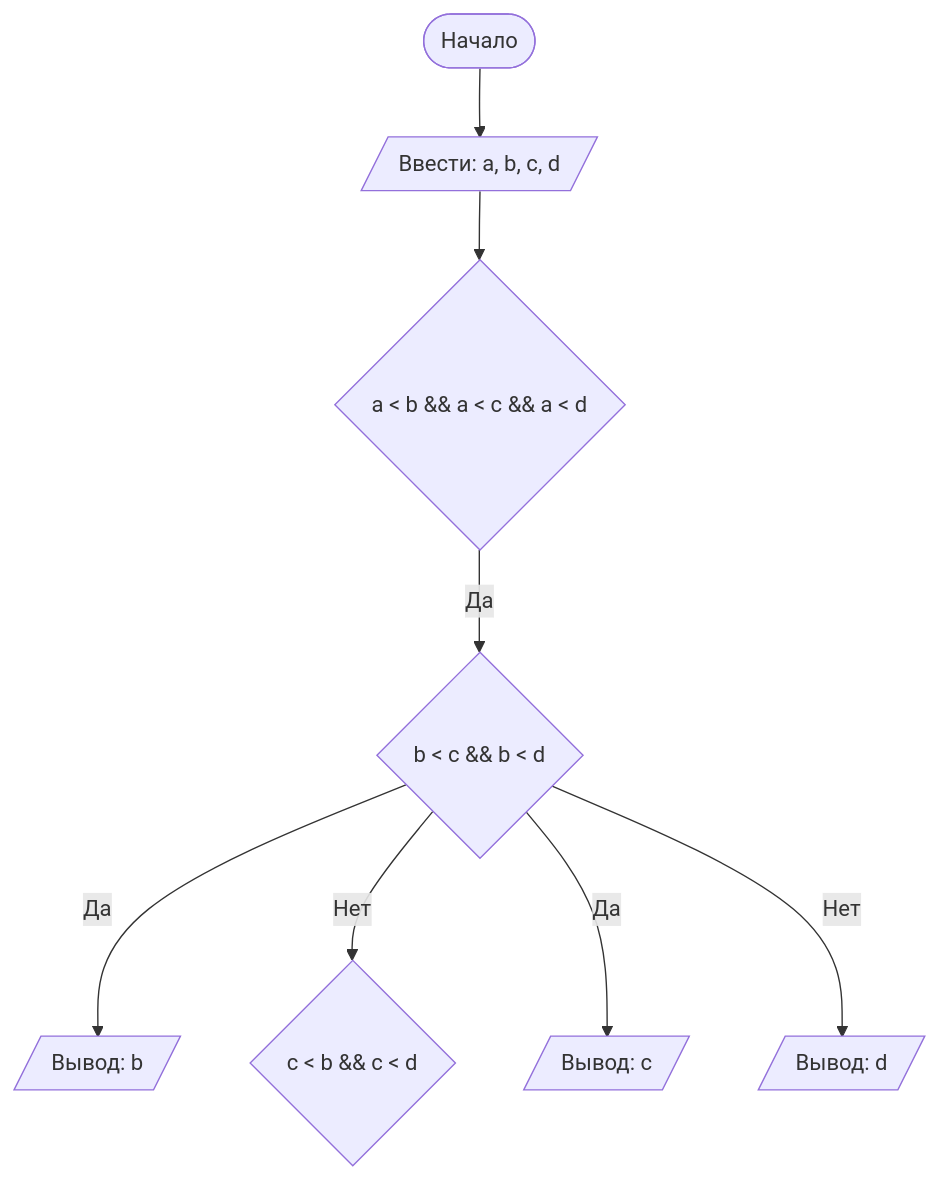
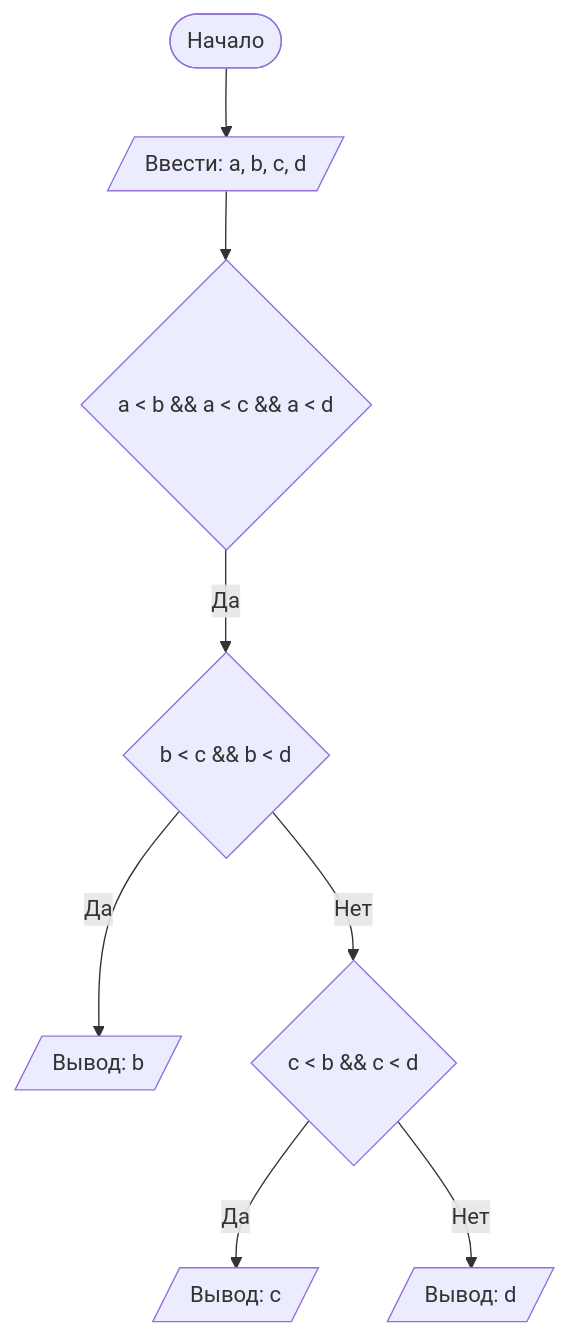
One commit to 3214Hoh/LabExample changed the diagram in README.md. Above: the diagram before and after it, drawn with Mermaid.

````diff
--- a/README.md
+++ b/README.md
@@ -71,11 +71,11 @@
 ```mermaid
 graph TD
   A([Начало]) --> B[/Ввести: a, b, c, d/]
   B --> C{a < b && a < c && a < d}
   C -- Да --> D{b < c && b < d}
   D --  Да --> D1[/Вывод: b/]
   D -- Нет --> E{c < b && c < d}
-  D --  Да --> E1[/Вывод: c/]
-  D --  Нет --> E2[/Вывод: d/]
+  E --  Да --> E1[/Вывод: c/]
+  E --  Нет --> E2[/Вывод: d/]
   
 ```
````
